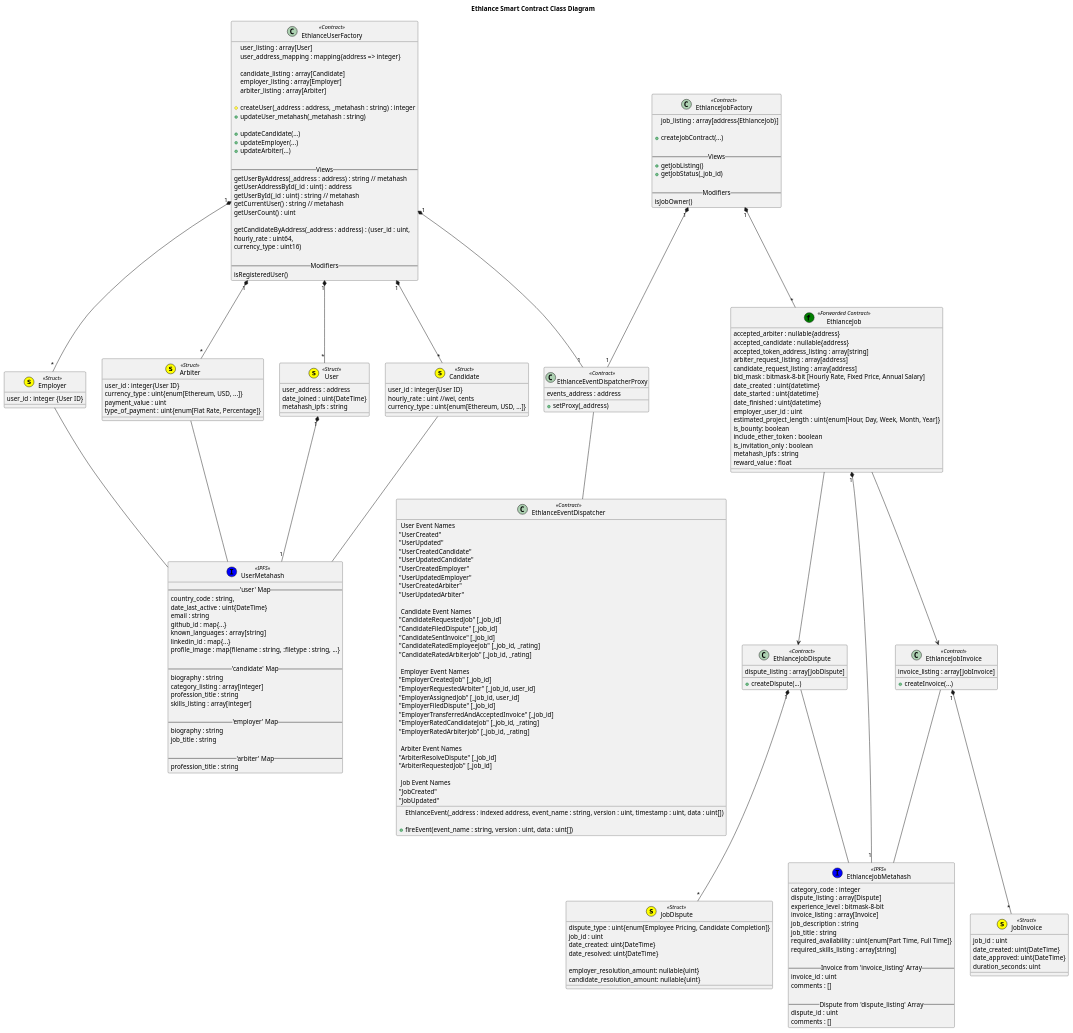
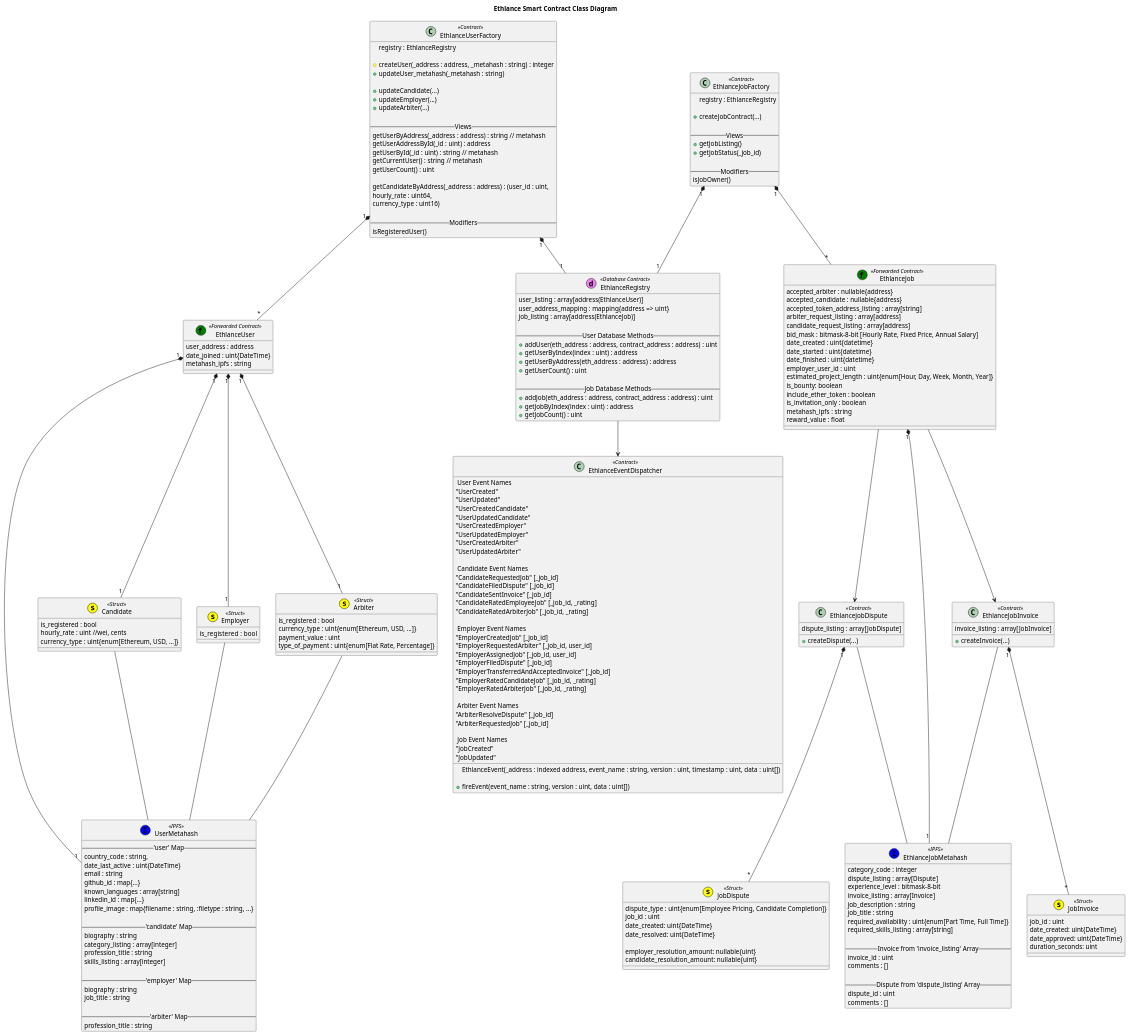
One commit to district0x/ethlance changed the diagram in docs/spec/ethlance_smart_contracts.org. Above: the diagram before and after it, drawn with PlantUML. The commit also changed other lines of this file and 2 other files, not shown here.

Commit message:
Updated class diagram to reflect changes

```diff
--- a/docs/spec/ethlance_smart_contracts.org
+++ b/docs/spec/ethlance_smart_contracts.org
@@ -93,8 +93,8 @@
     profession_title : string
   }
 
-  User "1" *-- "1" UserMetahash
-  class User << (s,yellow) Struct >> {
+  EthlanceUser "1" *-- "1" UserMetahash
+  class EthlanceUser << (f,green) Forwarded Contract >> {
     user_address : address
     date_joined : uint{DateTime}
     metahash_ipfs : string
@@ -102,36 +102,31 @@
 
   Candidate -- UserMetahash
   class Candidate << (s,yellow) Struct >> {
-    user_id : integer{User ID}
+    is_registered : bool
     hourly_rate : uint //wei, cents
     currency_type : uint{enum[Ethereum, USD, ...]}
   }
 
   Employer -- UserMetahash
   class Employer << (s,yellow) Struct >> {
-    user_id : integer {User ID}
+    is_registered :  bool
   }
 
   Arbiter -- UserMetahash
   class Arbiter << (s,yellow) Struct >> {
-    user_id : integer{User ID}
+    is_registered : bool
     currency_type : uint{enum[Ethereum, USD, ...]}
     payment_value : uint
     type_of_payment : uint{enum[Flat Rate, Percentage]}
   }
 
-  EthlanceUserFactory "1" *-- "*" User
-  EthlanceUserFactory "1" *-- "*" Candidate
-  EthlanceUserFactory "1" *-- "*" Employer
-  EthlanceUserFactory "1" *-- "*" Arbiter
+  EthlanceUserFactory "1" *-- "*" EthlanceUser
+  EthlanceUser "1" *-- "1" Candidate
+  EthlanceUser "1" *-- "1" Employer
+  EthlanceUser "1" *-- "1" Arbiter
 
   class EthlanceUserFactory << Contract >> {
-    user_listing : array[User]
-    user_address_mapping : mapping{address => integer}
-
-    candidate_listing : array[Candidate]
-    employer_listing : array[Employer]
-    arbiter_listing : array[Arbiter]
+    registry : EthlanceRegistry
 
     #createUser(_address : address, _metahash : string) : integer
     +updateUser_metahash(_metahash : string)
@@ -155,14 +150,26 @@
     isRegisteredUser()
   }
 
-  EthlanceUserFactory "1" *-- "1" EthlanceEventDispatcherProxy
-  EthlanceJobFactory "1" *-- "1" EthlanceEventDispatcherProxy
-  class EthlanceEventDispatcherProxy << Contract >> {
-    events_address : address
-    +setProxy(_address)
+  EthlanceUserFactory "1" *-- "1" EthlanceRegistry
+  EthlanceJobFactory "1" *-- "1" EthlanceRegistry
+  class EthlanceRegistry << (d,violet) Database Contract >> {
+    user_listing : array[address(EthlanceUser)]
+    user_address_mapping : mapping{address => uint}
+    job_listing : array[address(EthlanceJob)]
+
+    -- User Database Methods --
+    +addUser(eth_address : address, contract_address : address) : uint
+    +getUserByIndex(index : uint) : address
+    +getUserByAddress(eth_address : address) : address
+    +getUserCount() : uint
+
+    -- Job Database Methods --
+    +addJob(eth_address : address, contract_address : address) : uint
+    +getJobByIndex(index : uint) : address
+    +getJobCount() : uint
   }
 
-  EthlanceEventDispatcherProxy -- EthlanceEventDispatcher
+  EthlanceRegistry --> EthlanceEventDispatcher
   class EthlanceEventDispatcher << Contract >> {
     
     EthlanceEvent(_address : indexed address, event_name : string, version : uint, timestamp : uint, data : uint[])
@@ -280,7 +287,7 @@
 
   EthlanceJobFactory "1" *-- "*" EthlanceJob
   class EthlanceJobFactory << Contract >> {
-    job_listing : array[address{EthlanceJob}]
+    registry : EthlanceRegistry
 
     +createJobContract(...)
 
```
